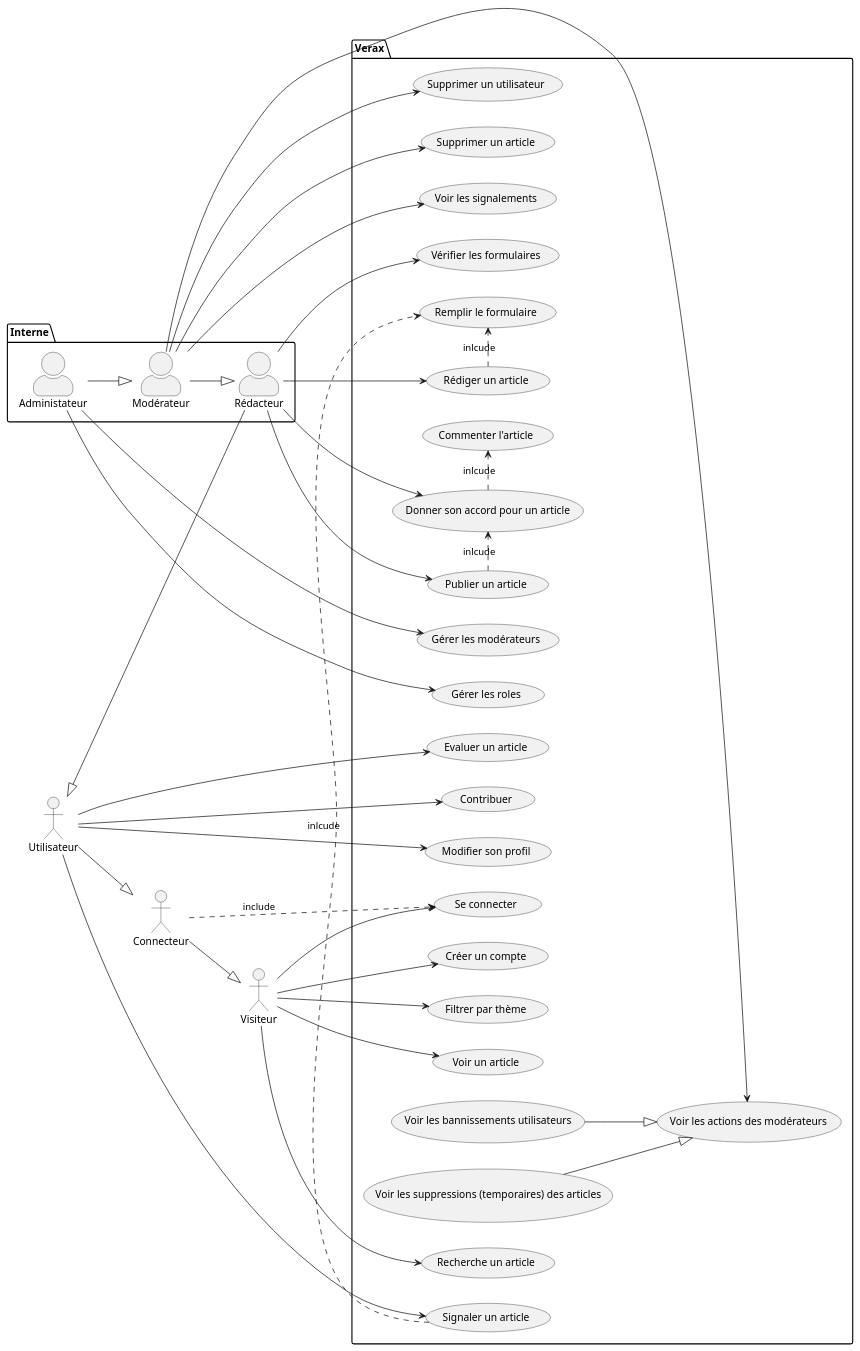
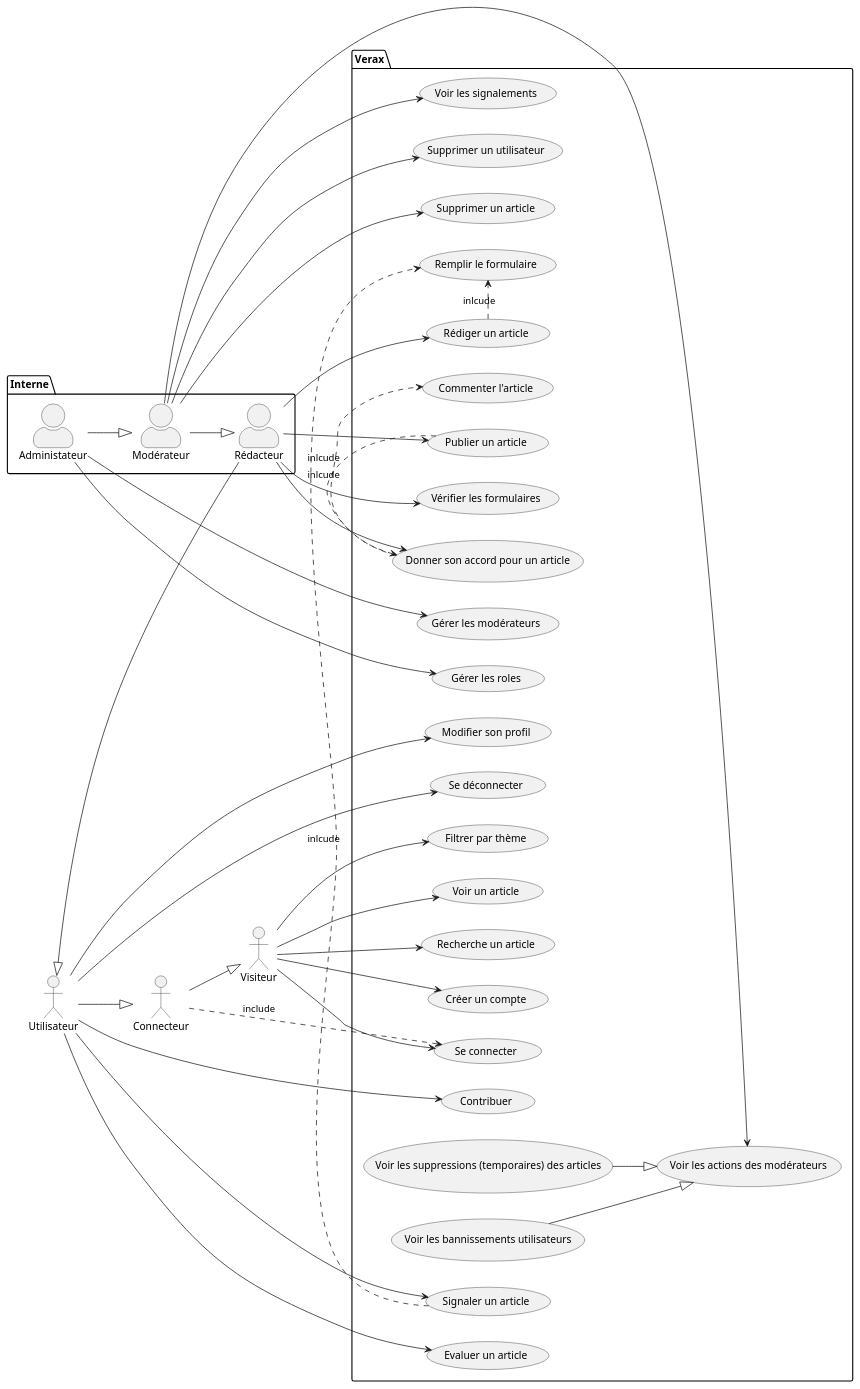
One commit to tonyfgs/Verax changed the diagram in Diagramme/casUtilisation.md. Above: the diagram before and after it, drawn with PlantUML.

Commit message:
travail sur le diagramme..

```diff
--- a/Diagramme/casUtilisation.md
+++ b/Diagramme/casUtilisation.md
@@ -25,6 +25,7 @@
     usecase "Contribuer" as UC7
     usecase "Modifier son profil" as UC8
     usecase "Signaler un article" as UC9
+    usecase "Se déconnecter" as UC24
 
     usecase "Remplir le formulaire" as UC10
 
@@ -63,6 +64,7 @@
 u --> UC7
 u --> UC8
 u --> UC9
+u --> UC24
 
 UC9 .> UC10 : inlcude
 UC11 .> UC10 : inlcude
```
